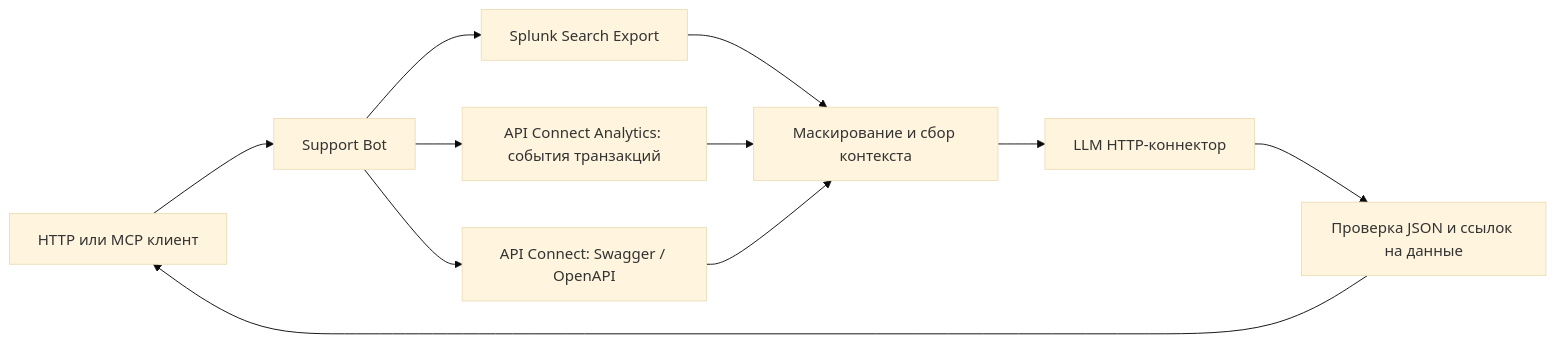
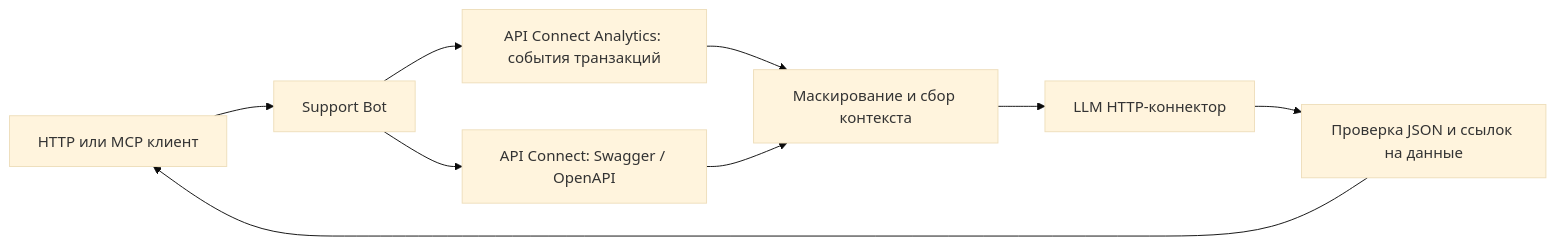
One commit to SergeyPaponov/support-bot changed the diagram in README.md. Above: the diagram before and after it, drawn with Mermaid (base theme). The commit also changed other lines of this file and 14 other files, not shown here.

````diff
--- a/README.md
+++ b/README.md
@@ -9,13 +11,11 @@
 ```mermaid
 flowchart LR
   Client[HTTP или MCP клиент] --> Server[Support Bot]
-  Server --> Splunk[Splunk Search Export]
   Server --> Analytics[API Connect Analytics: события транзакций]
   Server --> APIC[API Connect: Swagger / OpenAPI]
-  Splunk --> Context[Маскирование и сбор контекста]
-  Analytics --> Context
+  Analytics --> Context[Маскирование и сбор контекста]
   APIC --> Context
   Context --> LLM[LLM HTTP-коннектор]
   LLM --> Validate[Проверка JSON и ссылок на данные]
   Validate --> Client
 ```
````
